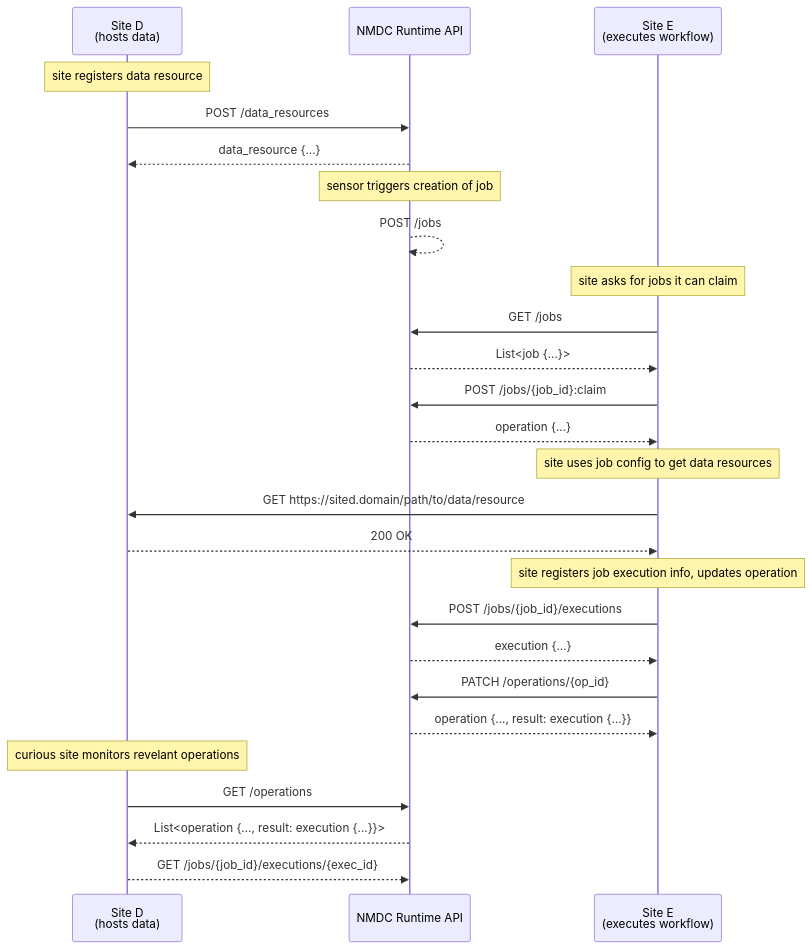
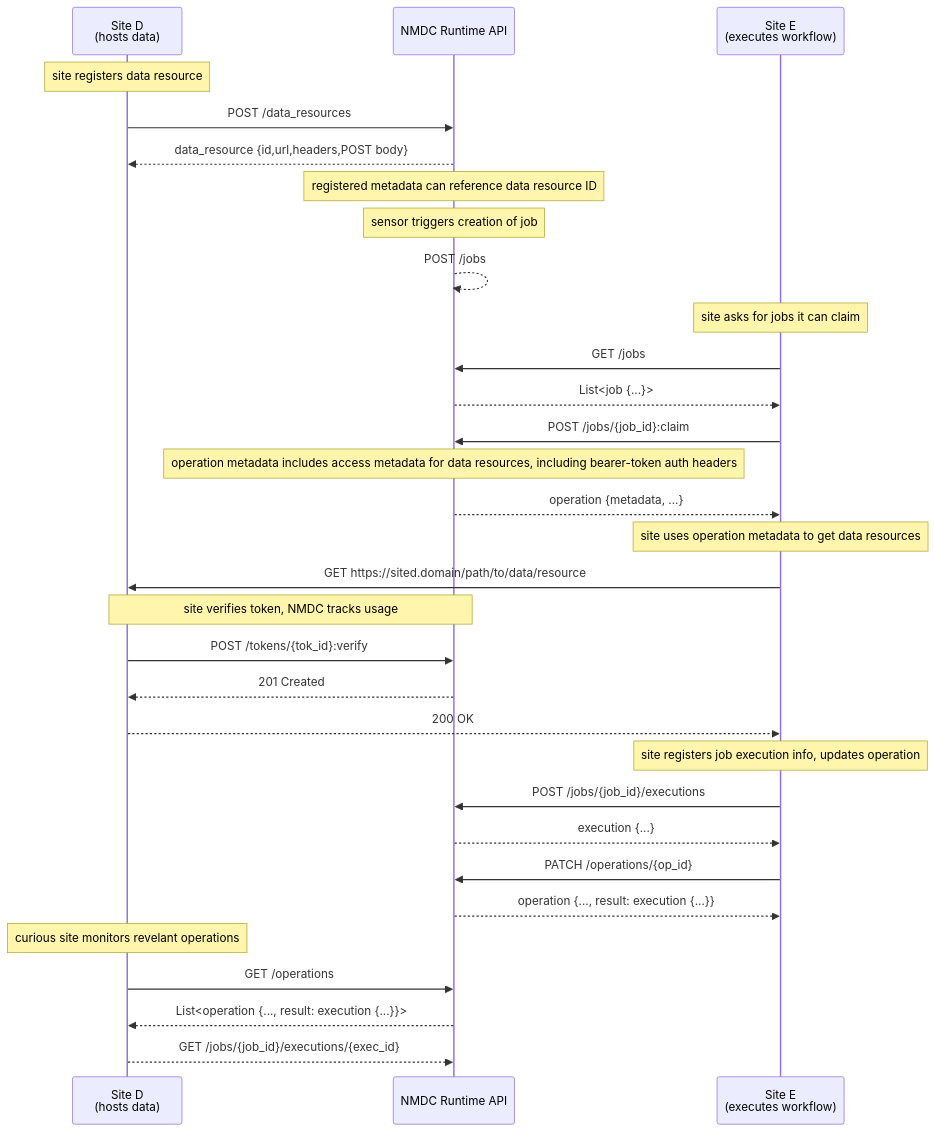
Before and after one commit to microbiomedata/nmdc-runtime: the diagram in docs/design/workflow-automation.md, drawn with Mermaid. The commit also changed other lines of this file, not shown here.

Commit message:
expand scope of seq diagram

````diff
--- a/docs/design/workflow-automation.md
+++ b/docs/design/workflow-automation.md
@@ -39,34 +39,40 @@
 ```mermaid
 sequenceDiagram
     participant DSite as Site D<br/>(hosts data)
     participant API as NMDC Runtime API
     participant ESite as Site E<br/>(executes workflow)
 
     Note over DSite: site registers data resource
     DSite->>API: POST /data_resources
-    API-->>DSite: data_resource {...}
+    API-->>DSite: data_resource {id,url,headers,POST body}
+    Note over API: registered metadata can reference data resource ID
+
     Note over API: sensor triggers creation of job
     API-->>API: POST /jobs
 
     Note over ESite: site asks for jobs it can claim
     ESite->>API: GET /jobs
     API-->>ESite: List<job {...}>
-    ESite->>API: POST /jobs/{job_id}:claim    
-    API-->>ESite: operation {...}
+    ESite->>API: POST /jobs/{job_id}:claim
+    Note over API: operation metadata includes access metadata for data resources, including bearer-token auth headers
+    API-->>ESite: operation {metadata, ...}
 
-    Note over ESite: site uses job config to get data resources
+    Note over ESite: site uses operation metadata to get data resources
     ESite->>DSite: GET https://sited.domain/path/to/data/resource
+    Note over DSite,API: site verifies token, NMDC tracks usage
+    DSite->>API: POST /tokens/{tok_id}:verify
+    API-->>DSite: 201 Created
     DSite-->>ESite: 200 OK
 
     
     Note over ESite: site registers job execution info, updates operation
     ESite->>API: POST /jobs/{job_id}/executions
     API-->>ESite: execution {...}
     ESite->>API: PATCH /operations/{op_id}
     API-->>ESite: operation {..., result: execution {...}}
     
     Note over DSite: curious site monitors revelant operations
     DSite->>API: GET /operations
     API-->>DSite: List<operation {..., result: execution {...}}>
     DSite-->>API: GET /jobs/{job_id}/executions/{exec_id}
 ```
````
